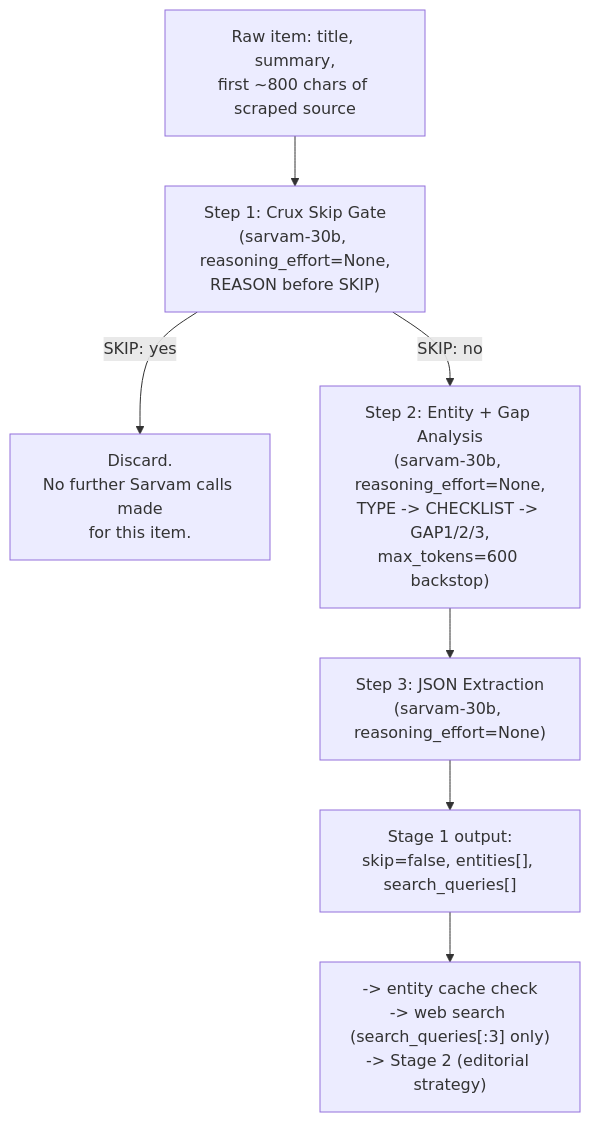
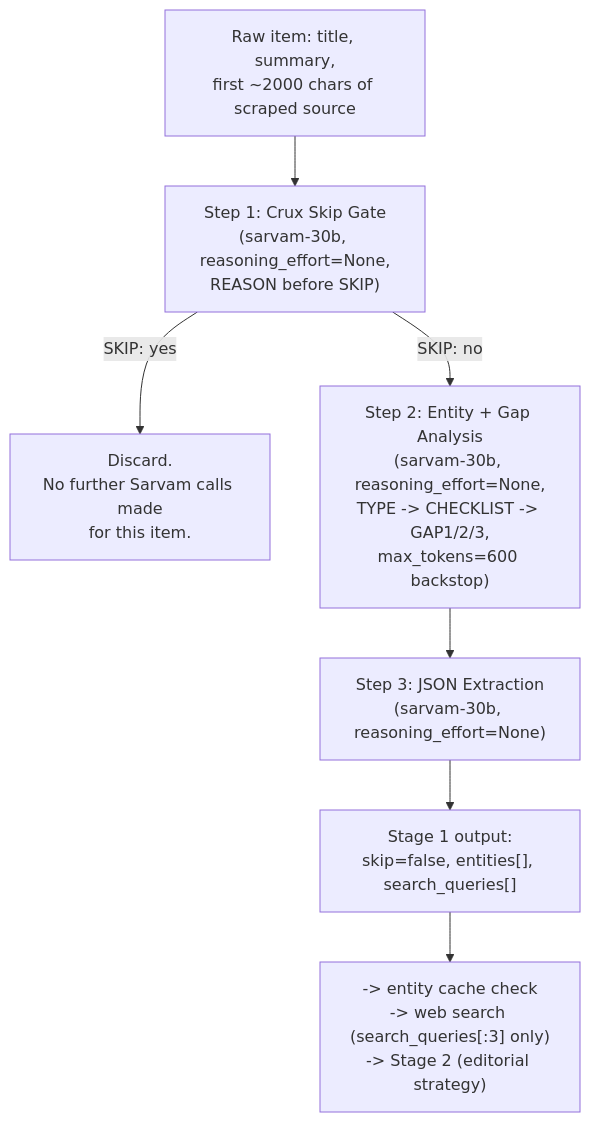
Before and after one commit to aditya0701/Local_news_aggregator: the diagram in prompt-design-thought-process.md, drawn with Mermaid. The commit also changed other lines of this file and 10 other files, not shown here.

````diff
--- a/prompt-design-thought-process.md
+++ b/prompt-design-thought-process.md
@@ -291,9 +291,9 @@
 ```mermaid
 flowchart TD
-    A["Raw item: title, summary,\nfirst ~800 chars of scraped source"] --> B["Step 1: Crux Skip Gate\n(sarvam-30b, reasoning_effort=None,\nREASON before SKIP)"]
+    A["Raw item: title, summary,\nfirst ~2000 chars of scraped source"] --> B["Step 1: Crux Skip Gate\n(sarvam-30b, reasoning_effort=None,\nREASON before SKIP)"]
     B -->|"SKIP: yes"| Z["Discard.\nNo further Sarvam calls made\nfor this item."]
     B -->|"SKIP: no"| C["Step 2: Entity + Gap Analysis\n(sarvam-30b, reasoning_effort=None,\nTYPE -> CHECKLIST -> GAP1/2/3,\nmax_tokens=600 backstop)"]
     C --> D["Step 3: JSON Extraction\n(sarvam-30b, reasoning_effort=None)"]
     D --> E["Stage 1 output:\nskip=false, entities[], search_queries[]"]
     E --> F["-> entity cache check\n-> web search (search_queries[:3] only)\n-> Stage 2 (editorial strategy)"]
 ```
````
